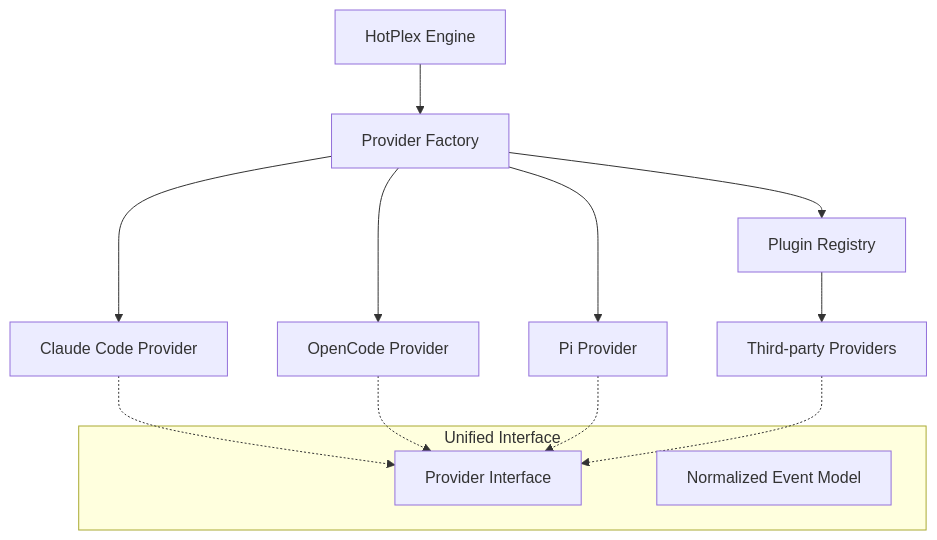
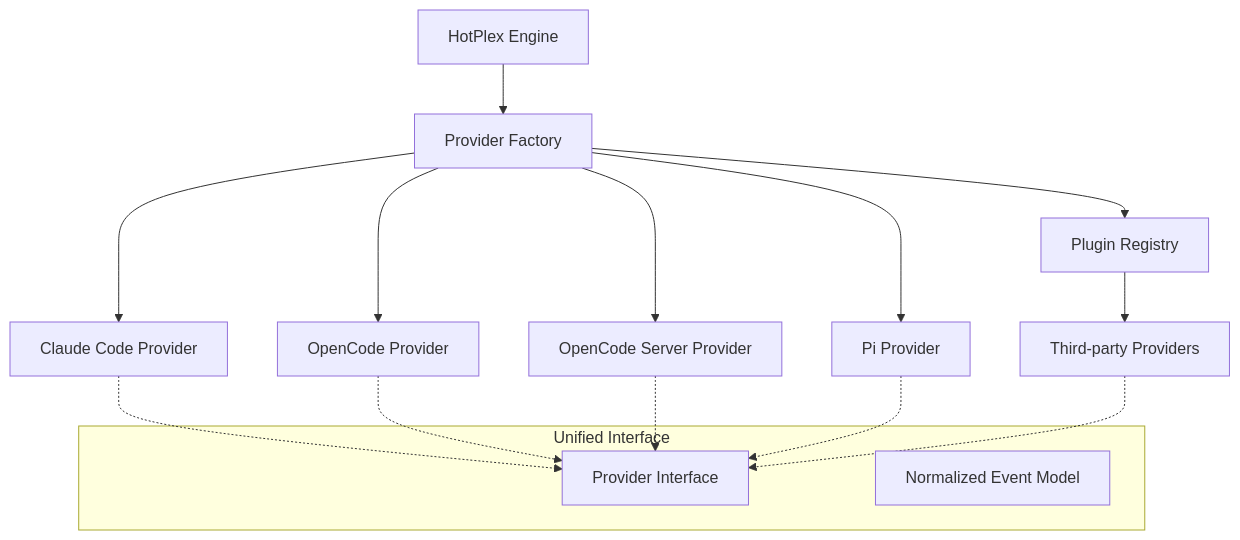
One commit to aaronwong1989/hotplex changed the diagram in provider/README.md. Above: the diagram before and after it, drawn with Mermaid. The commit also changed other lines of this file and 14 other files, not shown here.

````diff
--- a/provider/README.md
+++ b/provider/README.md
@@ -9,19 +9,21 @@
 ```mermaid
 graph TD
     Engine[HotPlex Engine] --> Factory[Provider Factory]
     Factory --> Claude[Claude Code Provider]
     Factory --> OpenCode[OpenCode Provider]
+    Factory --> OpenCodeServer[OpenCode Server Provider]
     Factory --> Pi[Pi Provider]
     Factory --> Plugin[Plugin Registry]
     Plugin --> Custom[Third-party Providers]
 
     subgraph Interface [Unified Interface]
         Provider[Provider Interface]
         Event[Normalized Event Model]
     end
 
     Claude -.-> Provider
     OpenCode -.-> Provider
+    OpenCodeServer -.-> Provider
     Pi -.-> Provider
     Custom -.-> Provider
 ```
````
